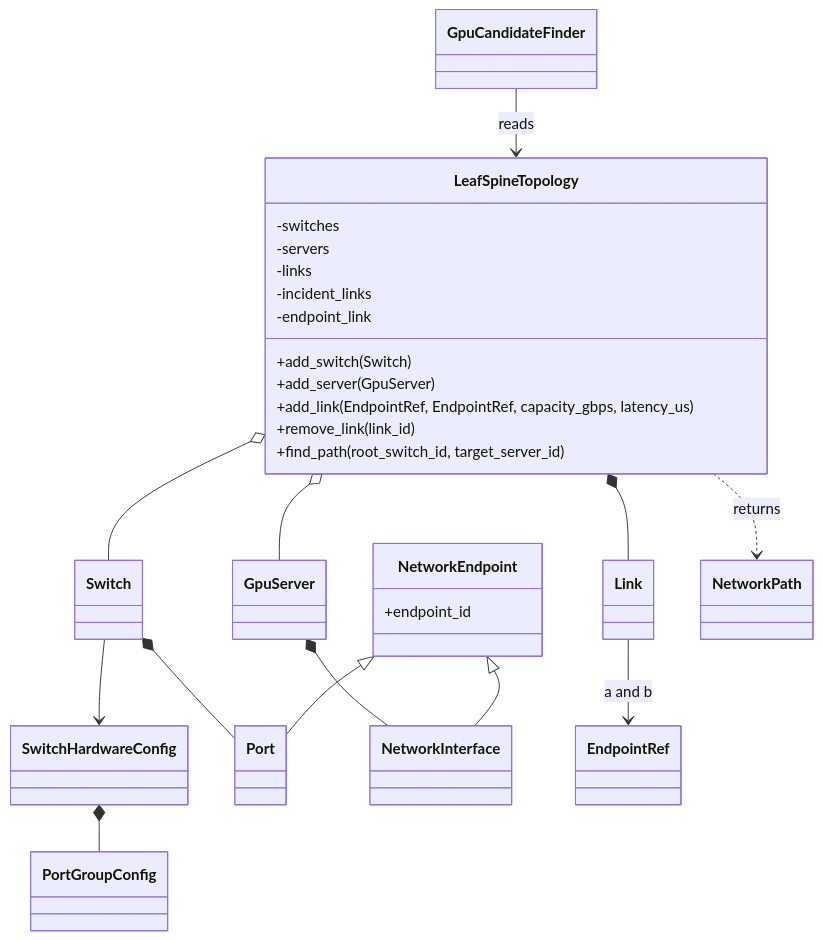
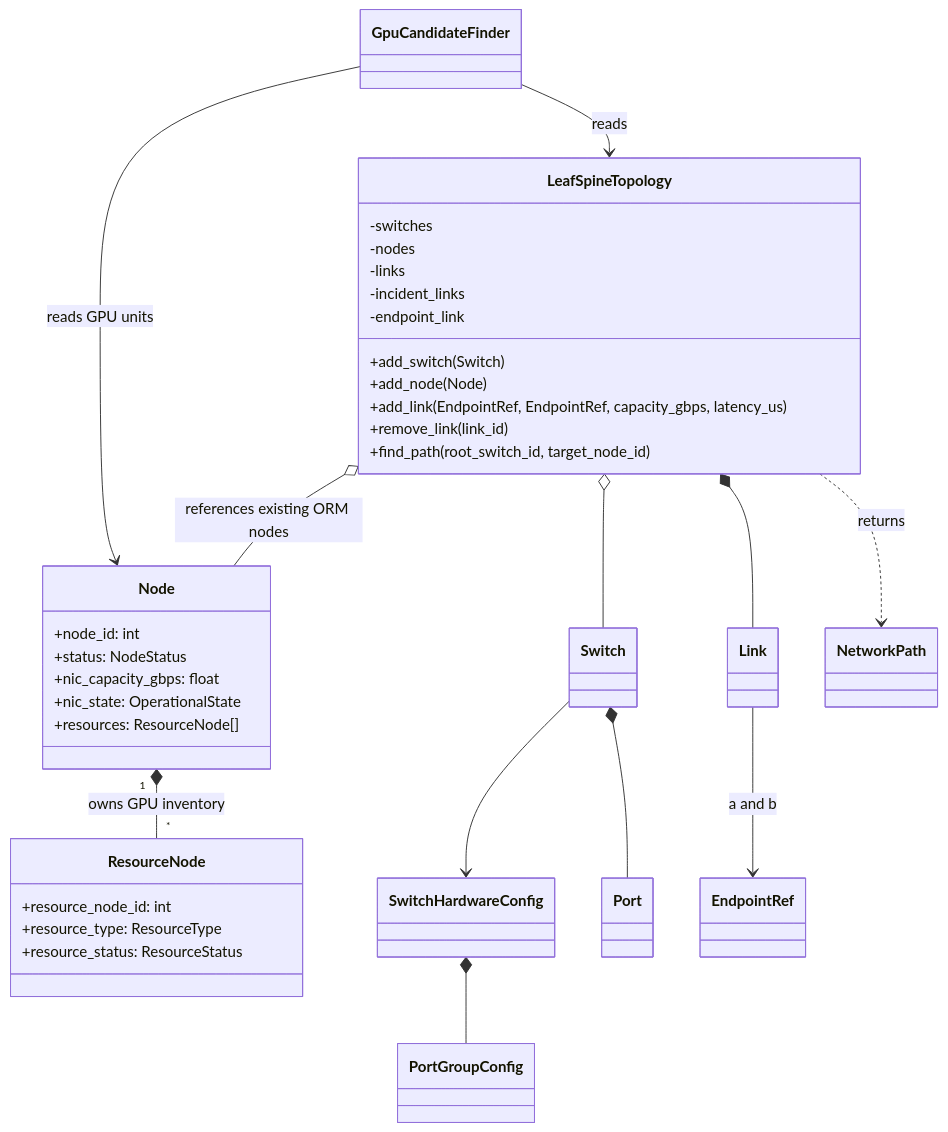
One commit to labo-man002/job-scheduler changed the diagram in docs/gpu-leaf-spine.md. Above: the diagram before and after it, drawn with Mermaid. The commit also changed other lines of this file and 15 other files, not shown here.

First line of the commit message:
refactor(leaf-spine): use Node as compute network endpoint (#96)

````diff
--- a/docs/gpu-leaf-spine.md
+++ b/docs/gpu-leaf-spine.md
@@ -12,40 +17,46 @@
 ```mermaid
 classDiagram
   class LeafSpineTopology {
     -switches
-    -servers
+    -nodes
     -links
     -incident_links
     -endpoint_link
     +add_switch(Switch)
-    +add_server(GpuServer)
+    +add_node(Node)
     +add_link(EndpointRef, EndpointRef, capacity_gbps, latency_us)
     +remove_link(link_id)
-    +find_path(root_switch_id, target_server_id)
+    +find_path(root_switch_id, target_node_id)
+  }
+  class Node {
+    +node_id: int
+    +status: NodeStatus
+    +nic_capacity_gbps: float
+    +nic_state: OperationalState
+    +resources: ResourceNode[]
+  }
+  class ResourceNode {
+    +resource_node_id: int
+    +resource_type: ResourceType
+    +resource_status: ResourceStatus
   }
   class SwitchHardwareConfig
   class PortGroupConfig
   class Switch
   class Port
-  class GpuServer
-  class NetworkEndpoint {
-    +endpoint_id
-  }
-  class NetworkInterface
   class Link
   class EndpointRef
   class NetworkPath
   class GpuCandidateFinder
   SwitchHardwareConfig *-- PortGroupConfig
   Switch --> SwitchHardwareConfig
   Switch *-- Port
-  GpuServer *-- NetworkInterface
-  NetworkEndpoint <|-- Port
-  NetworkEndpoint <|-- NetworkInterface
   LeafSpineTopology o-- Switch
-  LeafSpineTopology o-- GpuServer
+  LeafSpineTopology o-- Node : references existing ORM nodes
   LeafSpineTopology *-- Link
+  Node "1" *-- "*" ResourceNode : owns GPU inventory
   Link --> EndpointRef : a and b
   GpuCandidateFinder --> LeafSpineTopology : reads
+  GpuCandidateFinder --> Node : reads GPU units
   LeafSpineTopology ..> NetworkPath : returns
 ```
````
